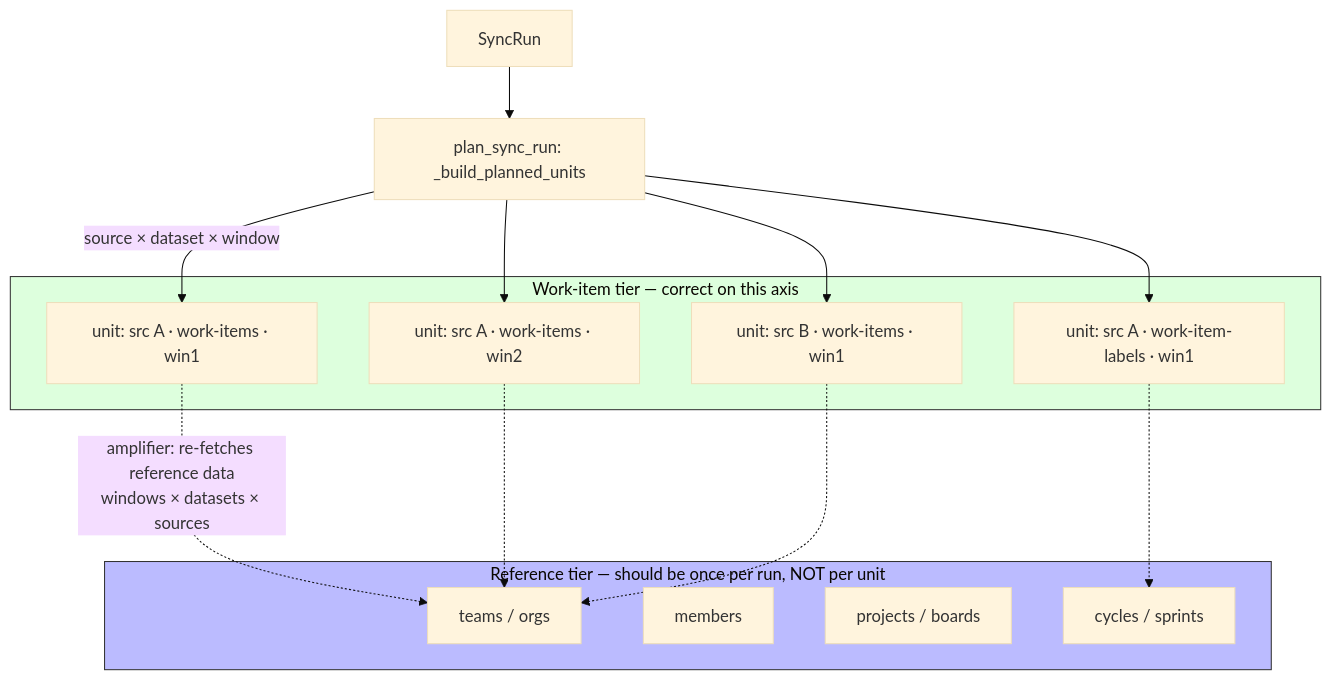
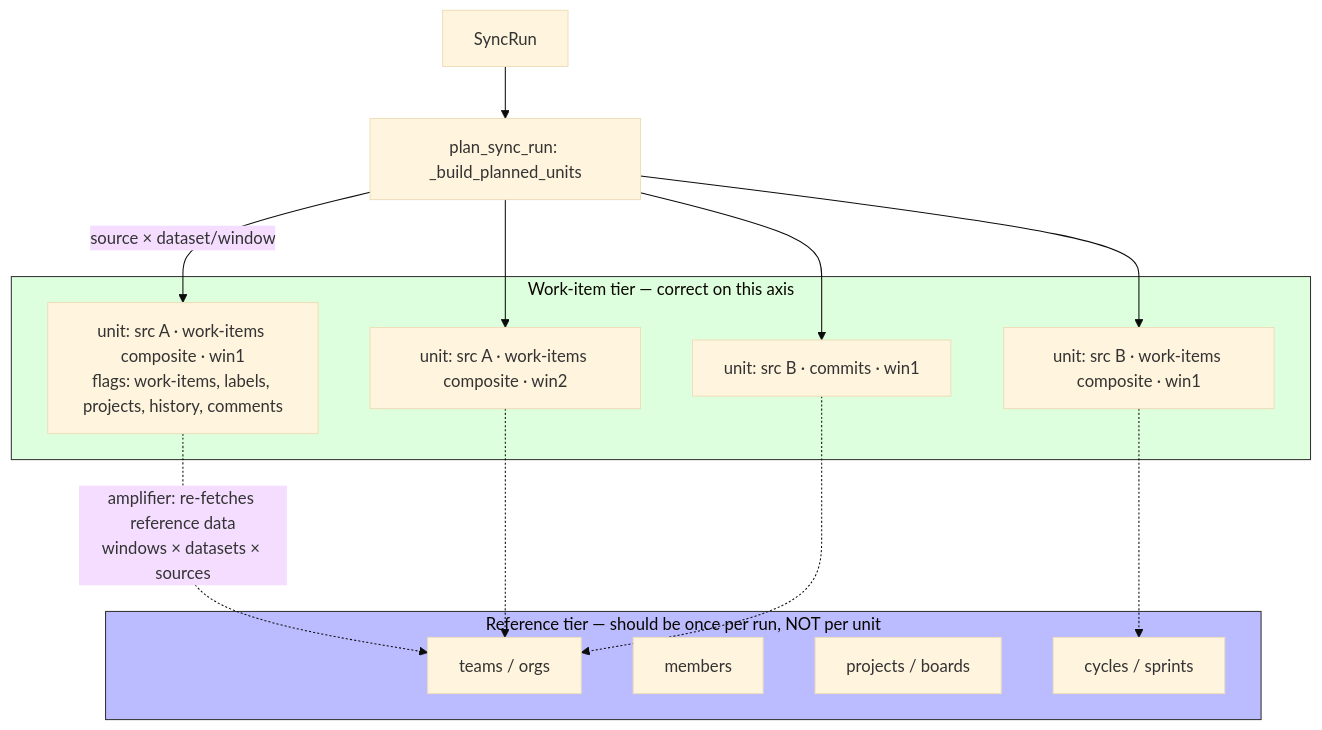
One commit to full-chaos/dev-health-ops changed the diagram in docs/architecture/sync-unit-model.md. Above: the diagram before and after it, drawn with Mermaid (base theme). The commit also changed other lines of this file and 4 other files, not shown here.

Commit message:
fix(admin/sync): expand work-item coverage flags (CHAOS-2895)

````diff
--- a/docs/architecture/sync-unit-model.md
+++ b/docs/architecture/sync-unit-model.md
@@ -17,30 +17,30 @@
 ```mermaid
 graph TD
     Run[SyncRun] --> Plan[plan_sync_run: _build_planned_units]
-    Plan -->|source × dataset × window| U1[unit: src A · work-items · win1]
-    Plan --> U2[unit: src A · work-items · win2]
-    Plan --> U3[unit: src A · work-item-labels · win1]
-    Plan --> U4[unit: src B · work-items · win1]
+    Plan -->|source × dataset/window| U1[unit: src A · work-items composite · win1<br/>flags: work-items, labels, projects, history, comments]
+    Plan --> U2[unit: src A · work-items composite · win2]
+    Plan --> U3[unit: src B · work-items composite · win1]
+    Plan --> U4[unit: src B · commits · win1]
 
     subgraph WT [Work-item tier — correct on this axis]
         U1
         U2
         U3
         U4
     end
 
     subgraph RT [Reference tier — should be once per run, NOT per unit]
         R1[teams / orgs]
         R2[members]
         R3[projects / boards]
         R4[cycles / sprints]
     end
 
     U1 -.->|amplifier: re-fetches reference data<br/>windows × datasets × sources| R1
     U2 -.-> R1
     U3 -.-> R4
     U4 -.-> R1
 
     style WT fill:#dfd,stroke:#333
     style RT fill:#bbf,stroke:#333
 ```
````
